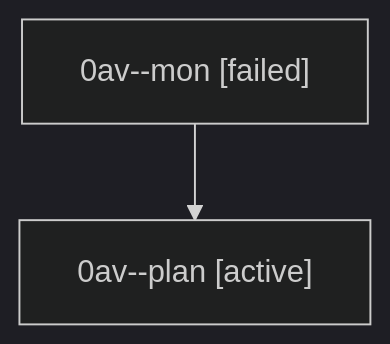
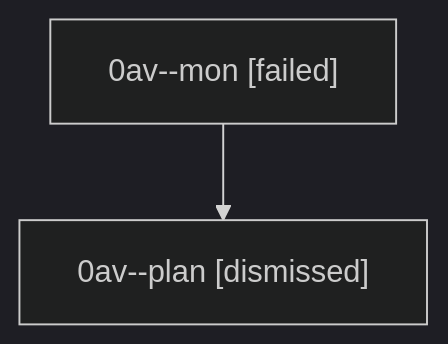
Before and after one commit to sase-org/sase--agents: the diagram in sessions/bbugyi200.athena.0av.md, drawn with Mermaid (dark theme). The commit also changed other lines of this file and 22 other files, not shown here.

````diff
--- a/sessions/bbugyi200.athena.0av.md
+++ b/sessions/bbugyi200.athena.0av.md
@@ -9,6 +9,6 @@
 ```mermaid
 flowchart TD
   n0["0av--mon [failed]"]
-  n1["0av--plan [active]"]
+  n1["0av--plan [dismissed]"]
   n0 --> n1
 ```
````
